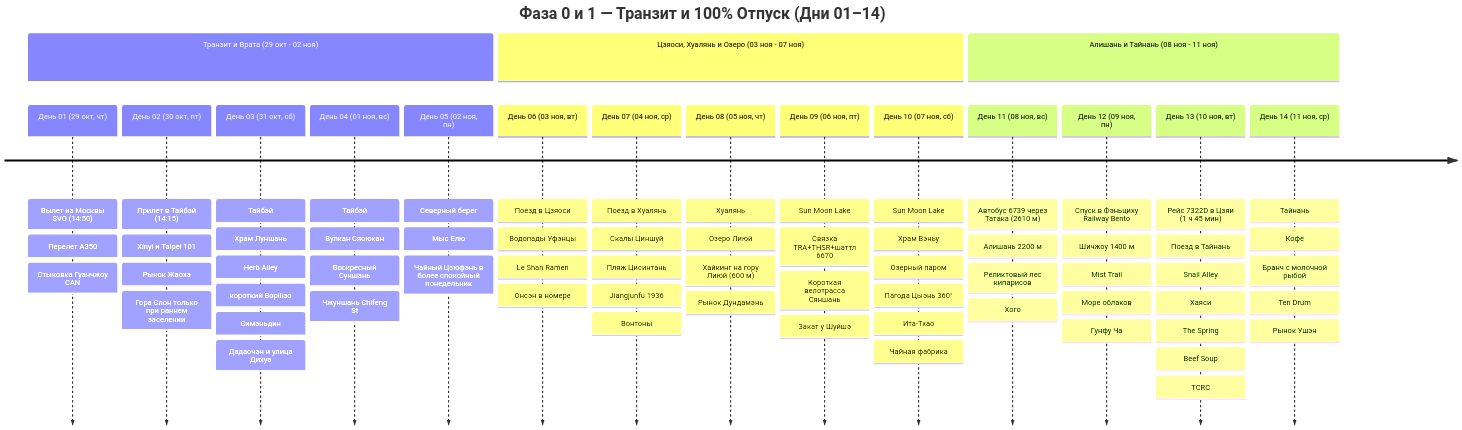
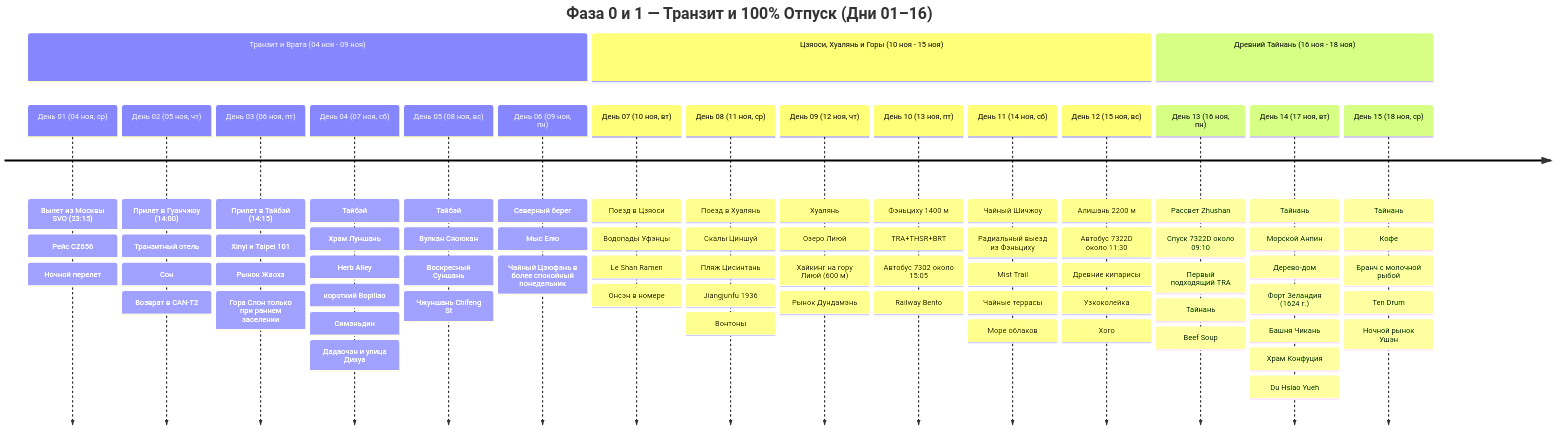
Before and after one commit to injurka/obsidian-mark: the first of 2 diagrams in Personal Note/Travel/-- Taiwan/Taiwan.md, drawn with Mermaid. The commit also changed other lines of this file and 156 other files, not shown here.

````diff
--- a/Personal Note/Travel/-- Taiwan/Taiwan.md
+++ b/Personal Note/Travel/-- Taiwan/Taiwan.md
@@ -52,21 +47,22 @@
 ```mermaid
 timeline
-    title Фаза 0 и 1 — Транзит и 100% Отпуск (Дни 01–14)
-    section Транзит и Врата (29 окт - 02 ноя)
-        День 01 (29 окт, чт) : Вылет из Москвы SVO (14:50) : Перелет A350 : Стыковка Гуанчжоу CAN
-        День 02 (30 окт, пт) : Прилет в Тайбэй (14:15) : Xinyi и Taipei 101 : Рынок Жаохэ : Гора Слон только при раннем заселении
-        День 03 (31 окт, сб) : Тайбэй : Храм Луншань : Herb Alley : короткий Bopiliao : Симэньдин : Дадаочэн и улица Дихуа
-        День 04 (01 ноя, вс) : Тайбэй : Вулкан Сяоюкан : Воскресный Суншань : Чжуншань Chifeng St
-        День 05 (02 ноя, пн) : Северный берег : Мыс Елю : Чайный Цзюфэнь в более спокойный понедельник
-    section Цзяоси, Хуалянь и Озеро (03 ноя - 07 ноя)
-        День 06 (03 ноя, вт) : Поезд в Цзяоси : Водопады Уфэнцы : Le Shan Ramen : Онсэн в номере
-        День 07 (04 ноя, ср) : Поезд в Хуалянь : Скалы Циншуй : Пляж Цисинтань : Jiangjunfu 1936 : Вонтоны
-        День 08 (05 ноя, чт) : Хуалянь : Озеро Лиюй : Хайкинг на гору Лиюй (600 м) : Рынок Дундамэнь
-        День 09 (06 ноя, пт) : Sun Moon Lake : Связка TRA+THSR+шаттл 6670 : Короткая велотрасса Сяншань : Закат у Шуйшэ
-        День 10 (07 ноя, сб) : Sun Moon Lake : Храм Вэньу : Озерный паром : Пагода Цыэнь 360° : Ита-Тхао : Чайная фабрика
-    section Алишань и Тайнань (08 ноя - 11 ноя)
-        День 11 (08 ноя, вс) : Автобус 6739 через Татака (2610 м) : Алишань 2200 м : Реликтовый лес кипарисов : Хого
-        День 12 (09 ноя, пн) : Спуск в Фэньциху Railway Bento : Шичжоу 1400 м : Mist Trail : Море облаков : Гунфу Ча
-        День 13 (10 ноя, вт) : Рейс 7322D в Цзяи (1 ч 45 мин) : Поезд в Тайнань : Snail Alley : Хаяси : The Spring : Beef Soup : TCRC
-        День 14 (11 ноя, ср) : Тайнань : Кофе : Бранч с молочной рыбой : Ten Drum : Рынок Ушэн
+    title Фаза 0 и 1 — Транзит и 100% Отпуск (Дни 01–16)
+    section Транзит и Врата (04 ноя - 09 ноя)
+        День 01 (04 ноя, ср) : Вылет из Москвы SVO (23:15) : Рейс CZ656 : Ночной перелет
+        День 02 (05 ноя, чт) : Прилет в Гуанчжоу (14:00) : Транзитный отель : Сон : Возврат в CAN-T2
+        День 03 (06 ноя, пт) : Прилет в Тайбэй (14:15) : Xinyi и Taipei 101 : Рынок Жаохэ : Гора Слон только при раннем заселении
+        День 04 (07 ноя, сб) : Тайбэй : Храм Луншань : Herb Alley : короткий Bopiliao : Симэньдин : Дадаочэн и улица Дихуа
+        День 05 (08 ноя, вс) : Тайбэй : Вулкан Сяоюкан : Воскресный Суншань : Чжуншань Chifeng St
+        День 06 (09 ноя, пн) : Северный берег : Мыс Елю : Чайный Цзюфэнь в более спокойный понедельник
+    section Цзяоси, Хуалянь и Горы (10 ноя - 15 ноя)
+        День 07 (10 ноя, вт) : Поезд в Цзяоси : Водопады Уфэнцы : Le Shan Ramen : Онсэн в номере
+        День 08 (11 ноя, ср) : Поезд в Хуалянь : Скалы Циншуй : Пляж Цисинтань : Jiangjunfu 1936 : Вонтоны
+        День 09 (12 ноя, чт) : Хуалянь : Озеро Лиюй : Хайкинг на гору Лиюй (600 м) : Рынок Дундамэнь
+        День 10 (13 ноя, пт) : Фэньциху 1400 м : TRA+THSR+BRT : Автобус 7302 около 15:05 : Railway Bento
+        День 11 (14 ноя, сб) : Чайный Шичжоу : Радиальный выезд из Фэньциху : Mist Trail : Чайные террасы : Море облаков
+        День 12 (15 ноя, вс) : Алишань 2200 м : Автобус 7322D около 11:30 : Древние кипарисы : Узкоколейка : Хого
+    section Древний Тайнань (16 ноя - 18 ноя)
+        День 13 (16 ноя, пн) : Рассвет Zhushan : Спуск 7322D около 09:10 : Первый подходящий TRA : Тайнань : Beef Soup
+        День 14 (17 ноя, вт) : Тайнань : Морской Анпин : Дерево-дом : Форт Зеландия (1624 г.) : Башня Чикань : Храм Конфуция : Du Hsiao Yueh
+        День 15 (18 ноя, ср) : Тайнань : Кофе : Бранч с молочной рыбой : Ten Drum : Ночной рынок Ушэн
 ```
````
